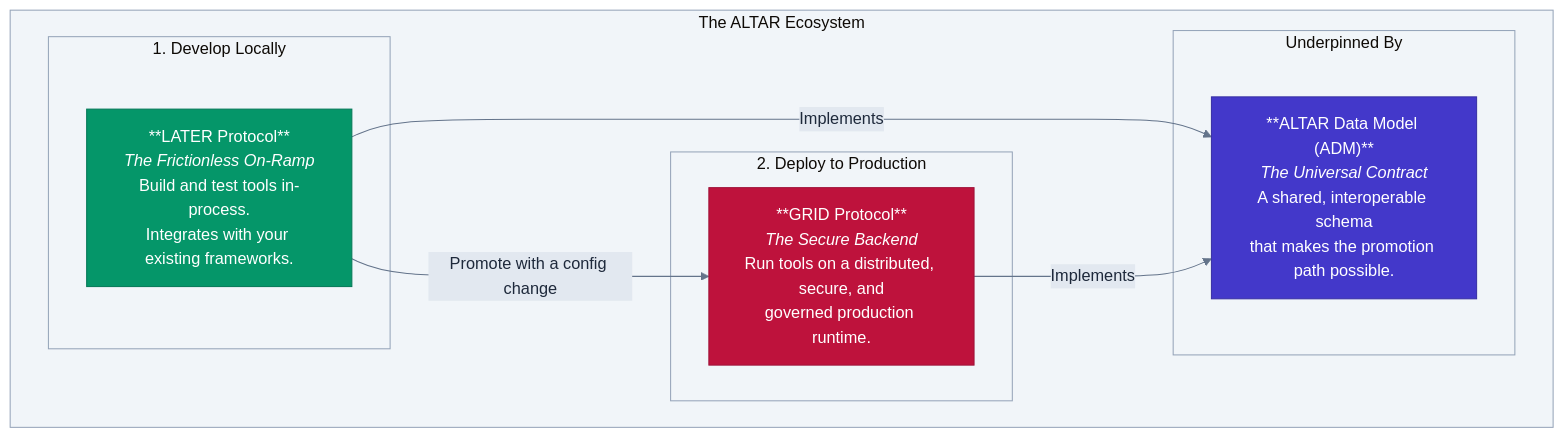
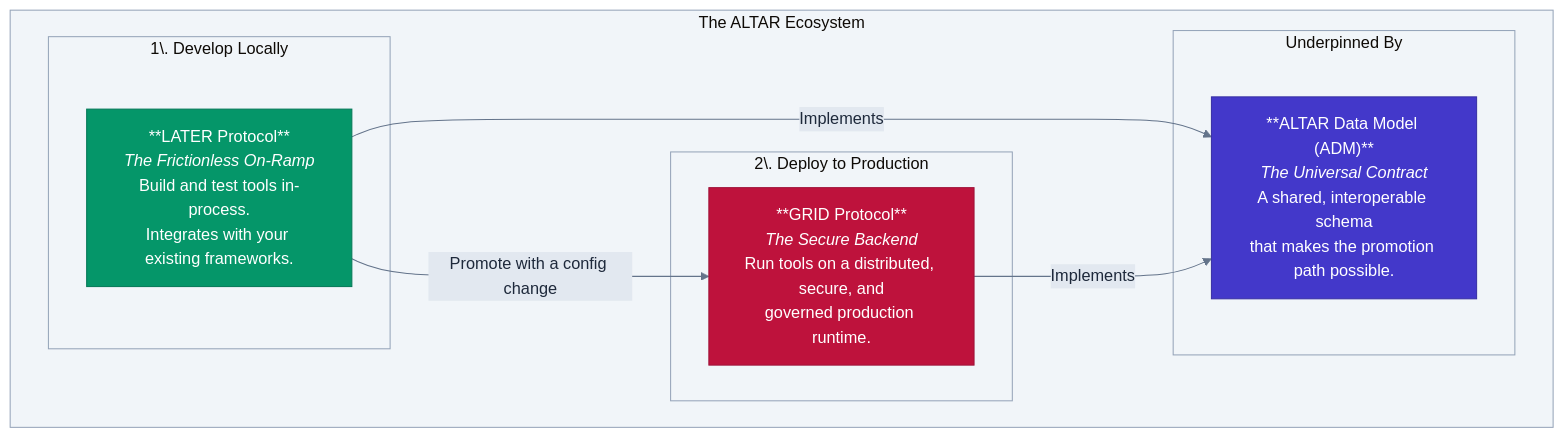
Before and after one commit to nshkrdotcom/ALTAR: the diagram in README.md, drawn with Mermaid.

````diff
--- a/README.md
+++ b/README.md
@@ -41,42 +41,41 @@
 ```mermaid
 %%{
   init: {
     'theme': 'base',
     'themeVariables': {
       'background': '#ffffff',
       'primaryColor': '#f8fafc',
       'primaryTextColor': '#1e293b',
       'lineColor': '#64748b',
       'secondaryColor': '#e2e8f0',
       'tertiaryColor': '#f1f5f9',
       'primaryBorderColor': '#e2e8f0',
       'secondaryBorderColor': '#cbd5e1',
       'tertiaryBorderColor': '#94a3b8'
     }
   }
 }%%
 graph TD
     subgraph "The ALTAR Ecosystem"
-        direction LR
         
-        subgraph "1. Develop Locally"
+        subgraph "1\. Develop Locally"
             LATER["**LATER Protocol**<br/><i>The Frictionless On-Ramp</i><br/>Build and test tools in-process.<br/>Integrates with your existing frameworks."]
         end
         
-        subgraph "2. Deploy to Production"
+        subgraph "2\. Deploy to Production"
             GRID["**GRID Protocol**<br/><i>The Secure Backend</i><br/>Run tools on a distributed, secure, and<br/>governed production runtime."]
         end
 
         subgraph "Underpinned By"
             ADM["**ALTAR Data Model (ADM)**<br/><i>The Universal Contract</i><br/>A shared, interoperable schema<br/>that makes the promotion path possible."]
         end
     end
     
     LATER -- "Promote with a config change" --> GRID
     LATER -- "Implements" --> ADM
     GRID -- "Implements" --> ADM
 
     style LATER fill:#059669,stroke:#047857,color:#ffffff,fontWeight:bold
     style GRID fill:#be123c,stroke:#9f1239,color:#ffffff,fontWeight:bold
     style ADM fill:#4338ca,stroke:#3730a3,color:#ffffff
 ```
````
